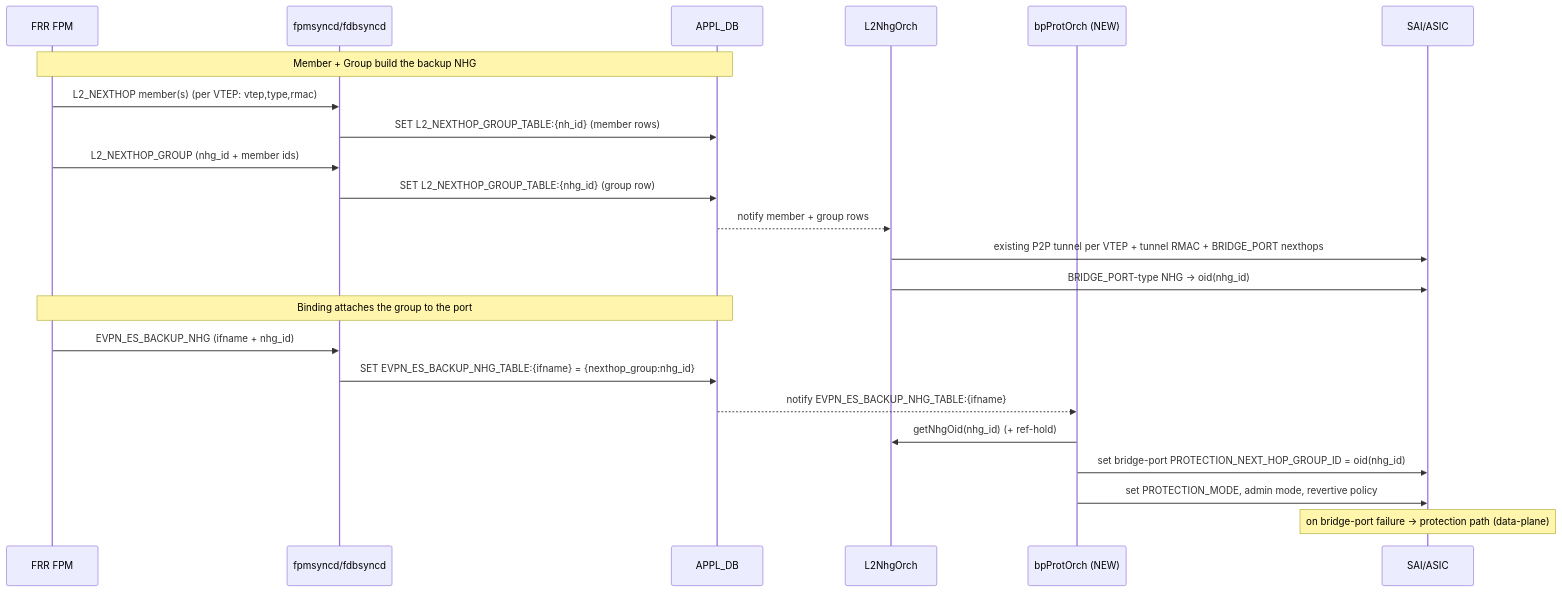
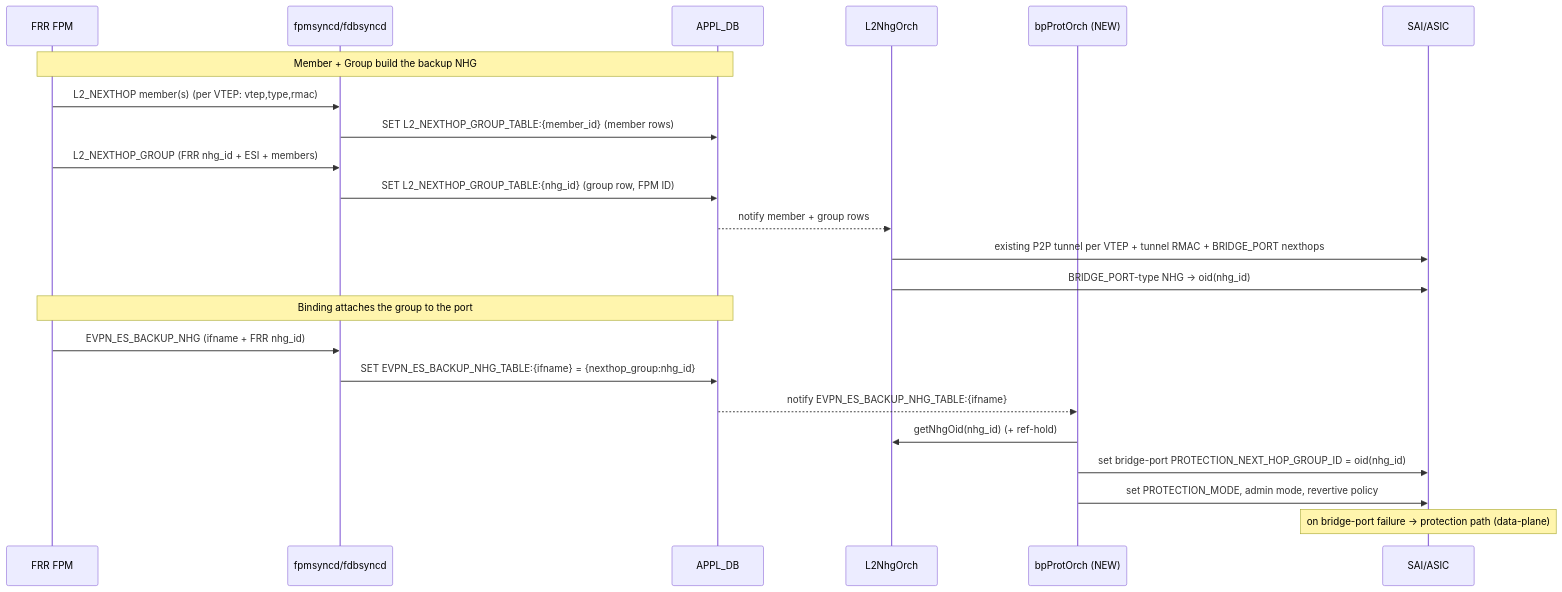
One commit to sonic-net/SONiC changed the third of 8 diagrams in doc/vxlan/EVPN/BridgePort_Protection_HLD.md. Above: the diagram before and after it, drawn with Mermaid. The commit also changed other lines of this file, not shown here.

````diff
--- a/doc/vxlan/EVPN/BridgePort_Protection_HLD.md
+++ b/doc/vxlan/EVPN/BridgePort_Protection_HLD.md
@@ -356,26 +352,26 @@
 ```mermaid
 sequenceDiagram
     participant FPM as FRR FPM
     participant SY as fpmsyncd/fdbsyncd
     participant APP as APPL_DB
     participant L2 as L2NhgOrch
     participant BP as bpProtOrch (NEW)
     participant SAI as SAI/ASIC
 
     Note over FPM,APP: Member + Group build the backup NHG
     FPM->>SY: L2_NEXTHOP member(s) (per VTEP: vtep,type,rmac)
-    SY->>APP: SET L2_NEXTHOP_GROUP_TABLE:{nh_id} (member rows)
-    FPM->>SY: L2_NEXTHOP_GROUP (nhg_id + member ids)
-    SY->>APP: SET L2_NEXTHOP_GROUP_TABLE:{nhg_id} (group row)
+    SY->>APP: SET L2_NEXTHOP_GROUP_TABLE:{member_id} (member rows)
+    FPM->>SY: L2_NEXTHOP_GROUP (FRR nhg_id + ESI + members)
+    SY->>APP: SET L2_NEXTHOP_GROUP_TABLE:{nhg_id} (group row, FPM ID)
     APP-->>L2: notify member + group rows
     L2->>SAI: existing P2P tunnel per VTEP + tunnel RMAC + BRIDGE_PORT nexthops
     L2->>SAI: BRIDGE_PORT-type NHG → oid(nhg_id)
     Note over FPM,APP: Binding attaches the group to the port
-    FPM->>SY: EVPN_ES_BACKUP_NHG (ifname + nhg_id)
+    FPM->>SY: EVPN_ES_BACKUP_NHG (ifname + FRR nhg_id)
     SY->>APP: SET EVPN_ES_BACKUP_NHG_TABLE:{ifname} = {nexthop_group:nhg_id}
     APP-->>BP: notify EVPN_ES_BACKUP_NHG_TABLE:{ifname}
     BP->>L2: getNhgOid(nhg_id) (+ ref-hold)
     BP->>SAI: set bridge-port PROTECTION_NEXT_HOP_GROUP_ID = oid(nhg_id)
     BP->>SAI: set PROTECTION_MODE, admin mode, revertive policy
     Note over SAI: on bridge-port failure → protection path (data-plane)
 ```
````
